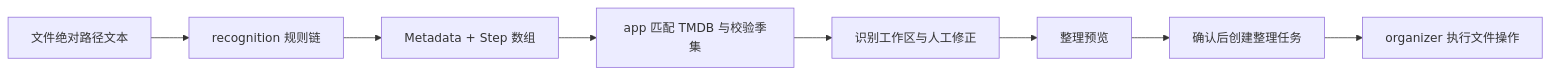
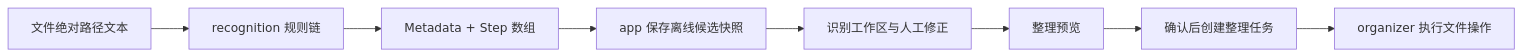
Before and after one commit to guhh110/JoyCurator: the diagram in docs/HANDOFF.md, drawn with Mermaid. The commit also changed other lines of this file and 104 other files, not shown here.

````diff
--- a/docs/HANDOFF.md
+++ b/docs/HANDOFF.md
@@ -9,10 +9,10 @@
 ```mermaid
 flowchart LR
   P[文件绝对路径文本] --> E[recognition 规则链]
   E --> M[Metadata + Step 数组]
-  M --> A[app 匹配 TMDB 与校验季集]
+  M --> A[app 保存离线候选快照]
   A --> W[识别工作区与人工修正]
   W --> V[整理预览]
   V --> J[确认后创建整理任务]
   J --> O[organizer 执行文件操作]
 ```
````
